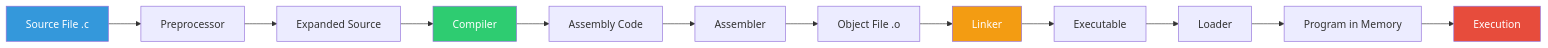
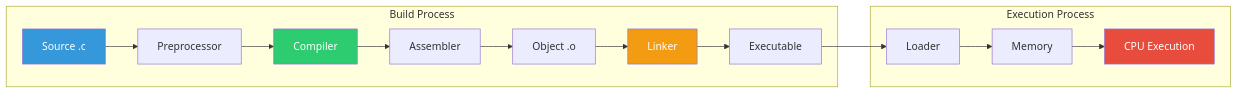
The first of 2 diagrams in README.md (cybersecurity-dev/awesome-c-programming-language), drawn with Mermaid before and after one commit. The commit also changed other lines of this file, not shown here.

Commit message:
++added flowchart

````diff
--- a/README.md
+++ b/README.md
@@ -8,32 +8,25 @@
 ```mermaid
 flowchart LR
 
-A[Source File .c]
+subgraph Build["Build Process"]
+A[Source .c]
+--> B[Preprocessor]
+--> C[Compiler]
+--> D[Assembler]
+--> E[Object .o]
+--> F[Linker]
+--> G[Executable]
+end
 
-A --> B[Preprocessor]
-
-B --> C[Expanded Source]
-
-C --> D[Compiler]
-
-D --> E[Assembly Code]
-
-E --> F[Assembler]
-
-F --> G[Object File .o]
-
-G --> H[Linker]
-
-H --> I[Executable]
-
-I --> J[Loader]
-
-J --> K[Program in Memory]
-
-K --> L[Execution]
+subgraph Runtime["Execution Process"]
+G --> H[Loader]
+--> I[Memory]
+--> J[CPU Execution]
+end
 
 style A fill:#3498db,color:#fff
-style D fill:#2ecc71,color:#fff
-style H fill:#f39c12,color:#fff
-style L fill:#e74c3c,color:#fff
+style C fill:#2ecc71,color:#fff
+style F fill:#f39c12,color:#fff
+style J fill:#e74c3c,color:#fff
+
 ```
````
